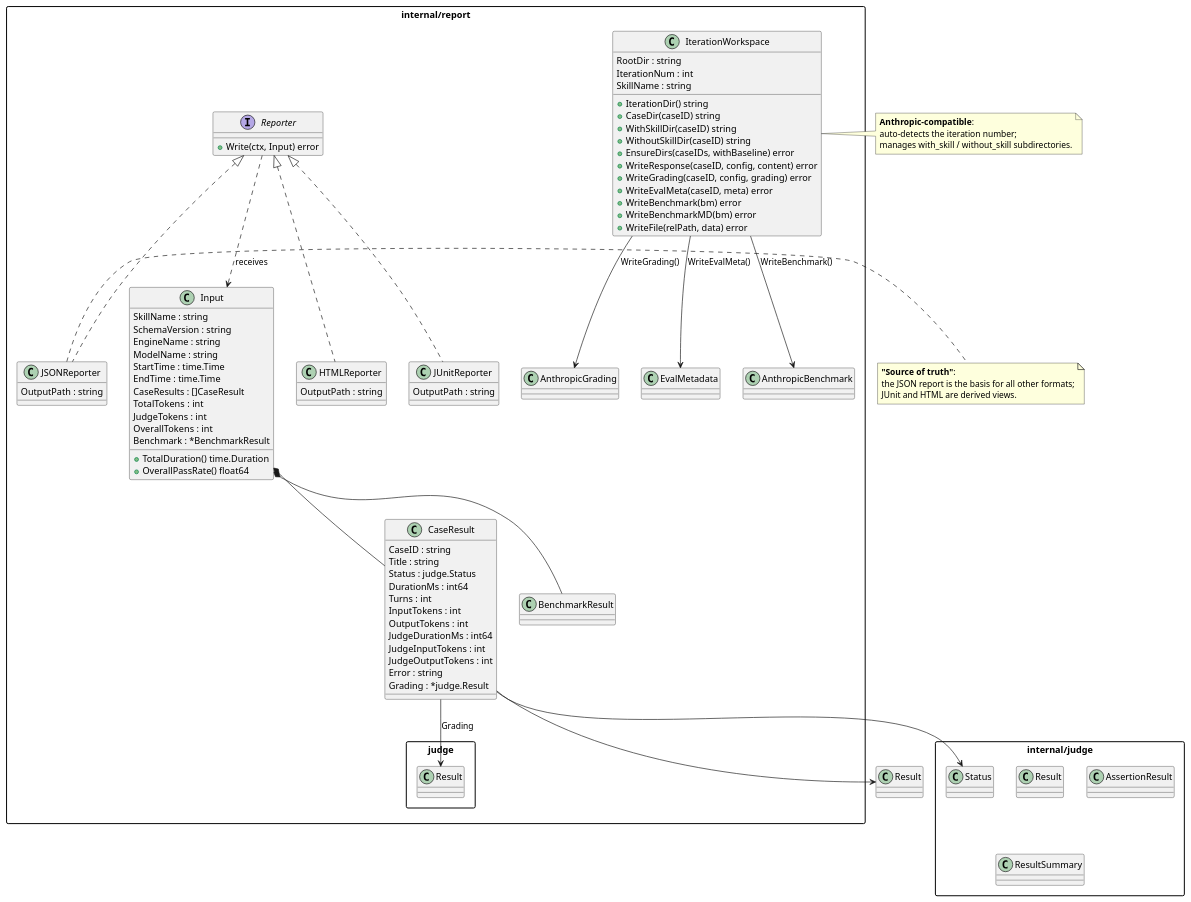
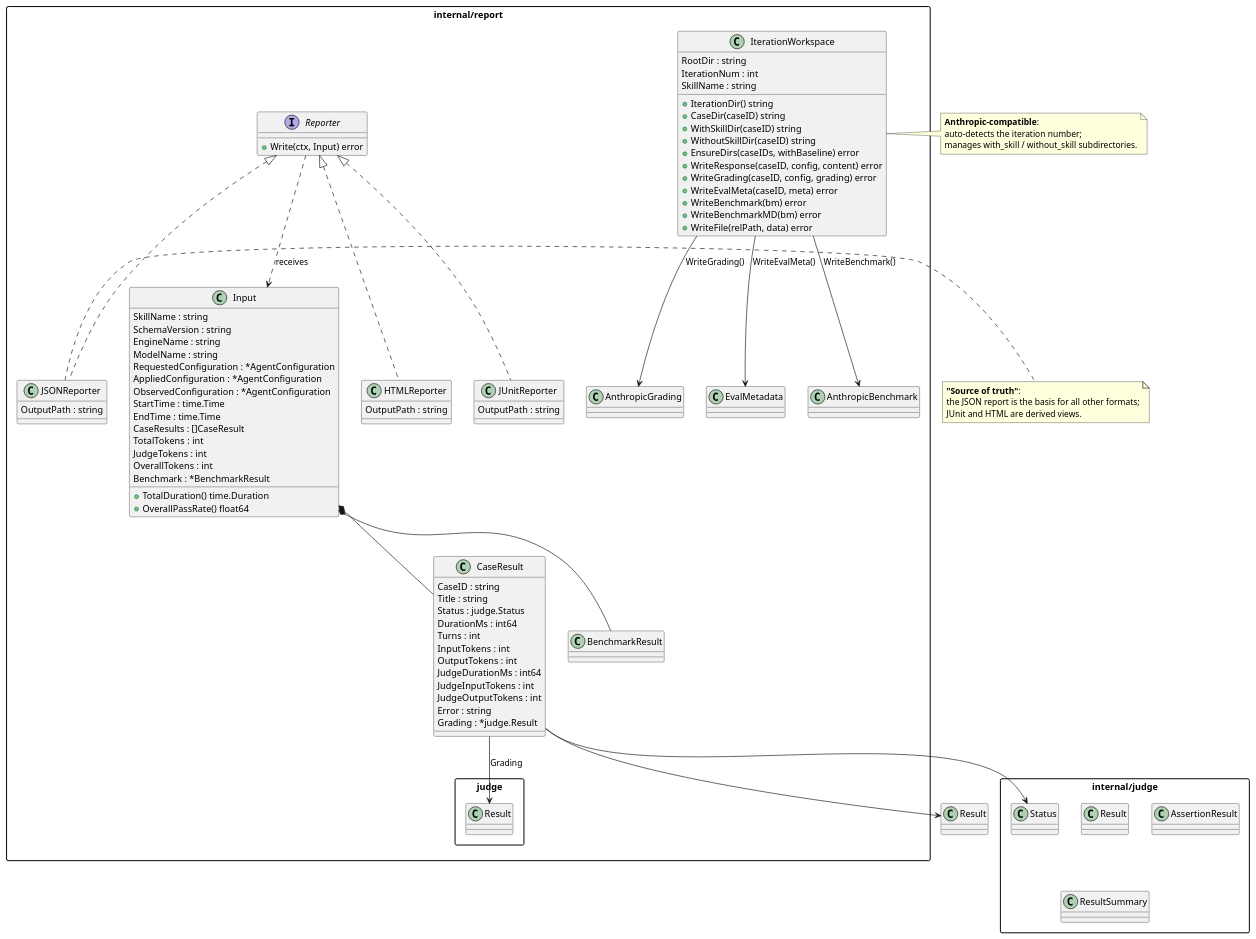
One commit to alibaba/skill-up changed the diagram in internal/report/README.md. Above: the diagram before and after it, drawn with PlantUML. The commit also changed 34 other files, not shown here.

```diff
--- a/internal/report/README.md
+++ b/internal/report/README.md
@@ -63,6 +63,9 @@
     SchemaVersion : string
     EngineName : string
     ModelName : string
+    RequestedConfiguration : *AgentConfiguration
+    AppliedConfiguration : *AgentConfiguration
+    ObservedConfiguration : *AgentConfiguration
     StartTime : time.Time
     EndTime : time.Time
     CaseResults : []CaseResult
```
